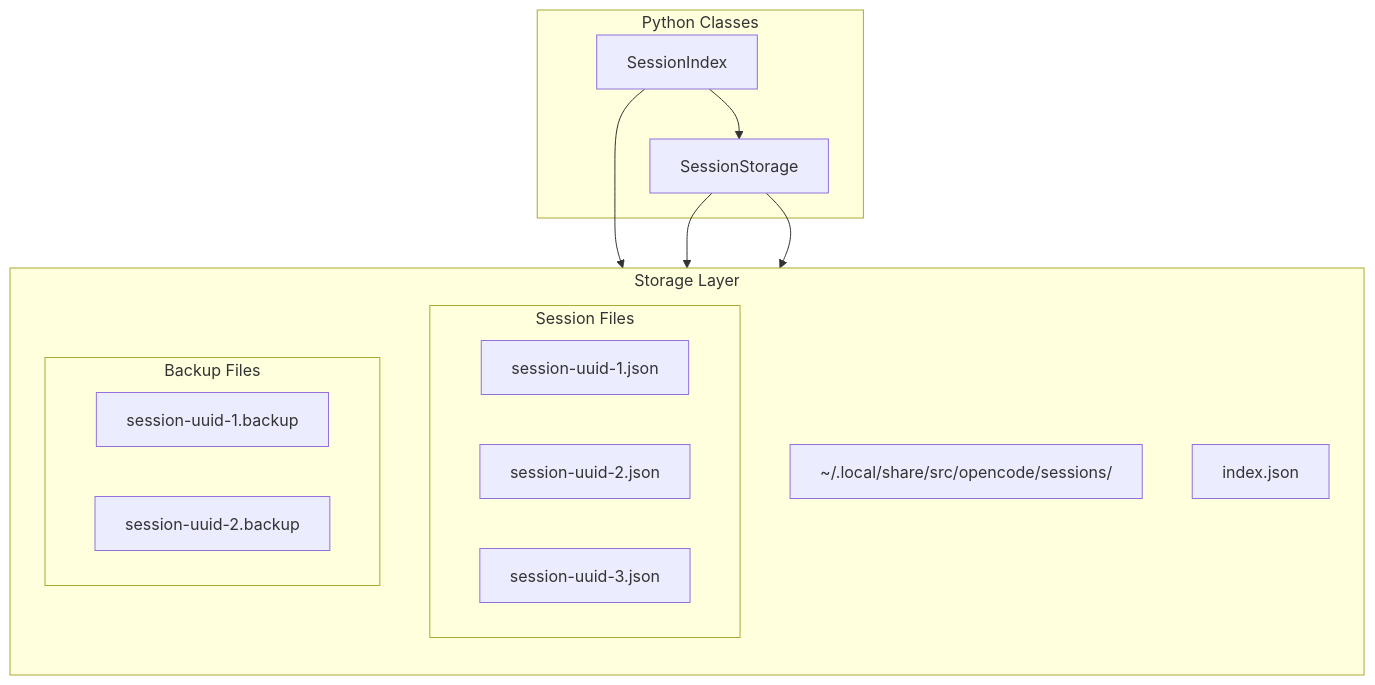
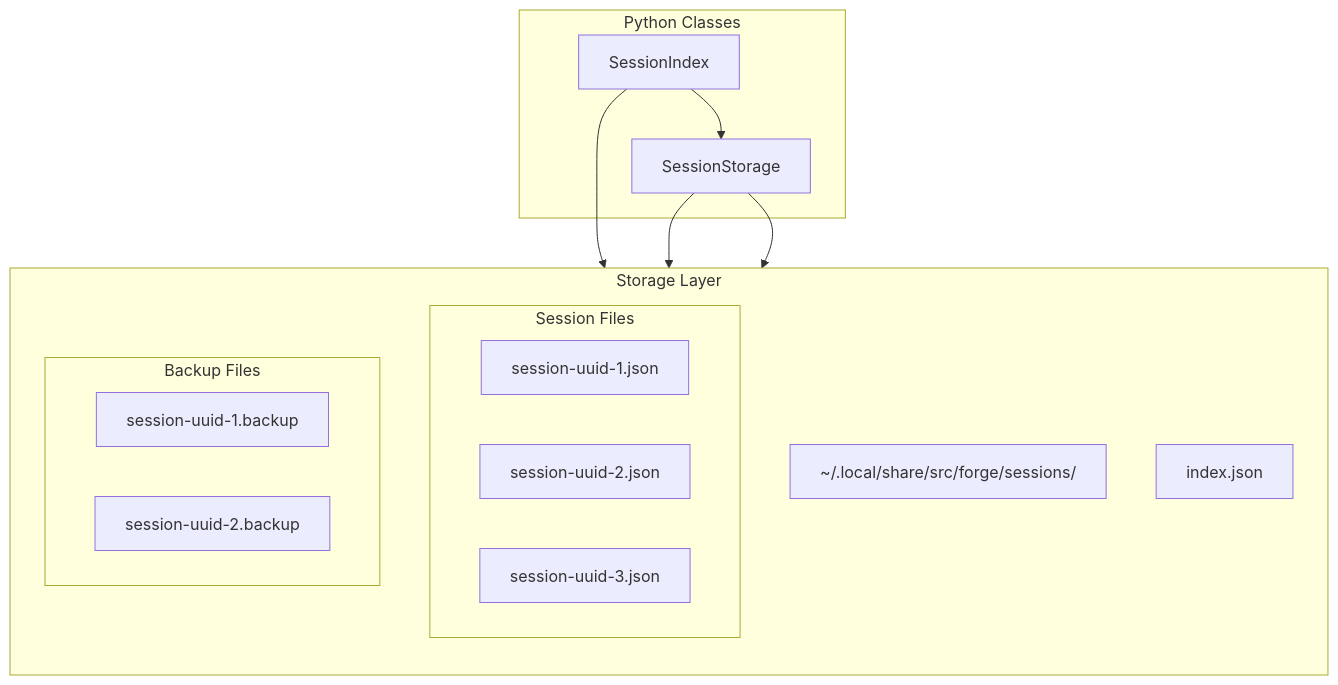
Before and after one commit to corey-rosamond/Code-Forge: diagram 15 of 17 in .ai/phase/5.1/UML.md, drawn with Mermaid. The commit also changed other lines of this file and 505 other files, not shown here.

````diff
--- a/.ai/phase/5.1/UML.md
+++ b/.ai/phase/5.1/UML.md
@@ -545,30 +545,30 @@
 ```mermaid
 flowchart TB
     subgraph Storage["Storage Layer"]
         direction TB
-        STORAGE_DIR["~/.local/share/src/opencode/sessions/"]
+        STORAGE_DIR["~/.local/share/src/forge/sessions/"]
 
         subgraph Files["Session Files"]
             S1["session-uuid-1.json"]
             S2["session-uuid-2.json"]
             S3["session-uuid-3.json"]
         end
 
         subgraph Backups["Backup Files"]
             B1["session-uuid-1.backup"]
             B2["session-uuid-2.backup"]
         end
 
         INDEX["index.json"]
     end
 
     subgraph Classes["Python Classes"]
         SESSION_STORAGE["SessionStorage"]
         SESSION_INDEX["SessionIndex"]
     end
 
     SESSION_STORAGE --> Files
     SESSION_STORAGE --> Backups
     SESSION_INDEX --> INDEX
     SESSION_INDEX --> SESSION_STORAGE
 ```
````
